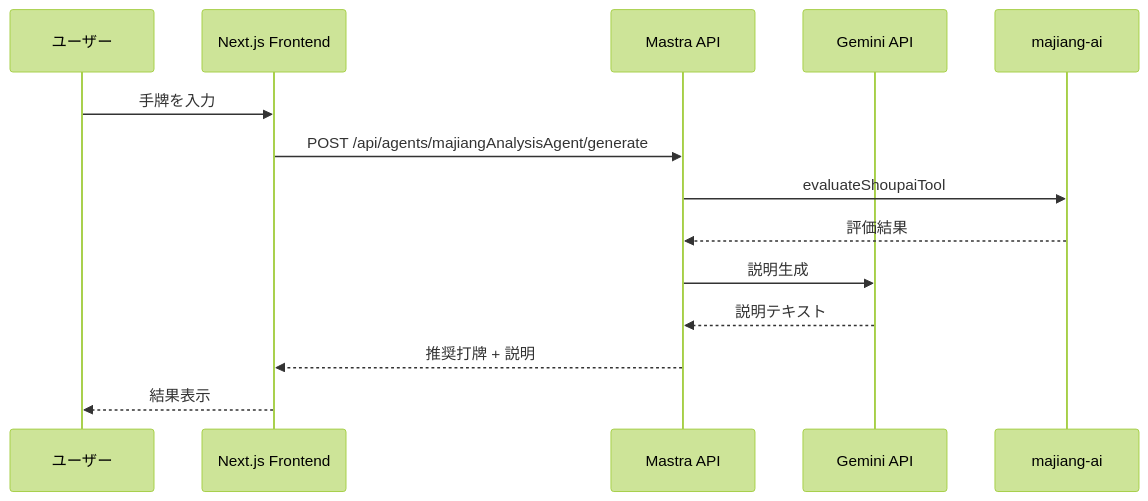
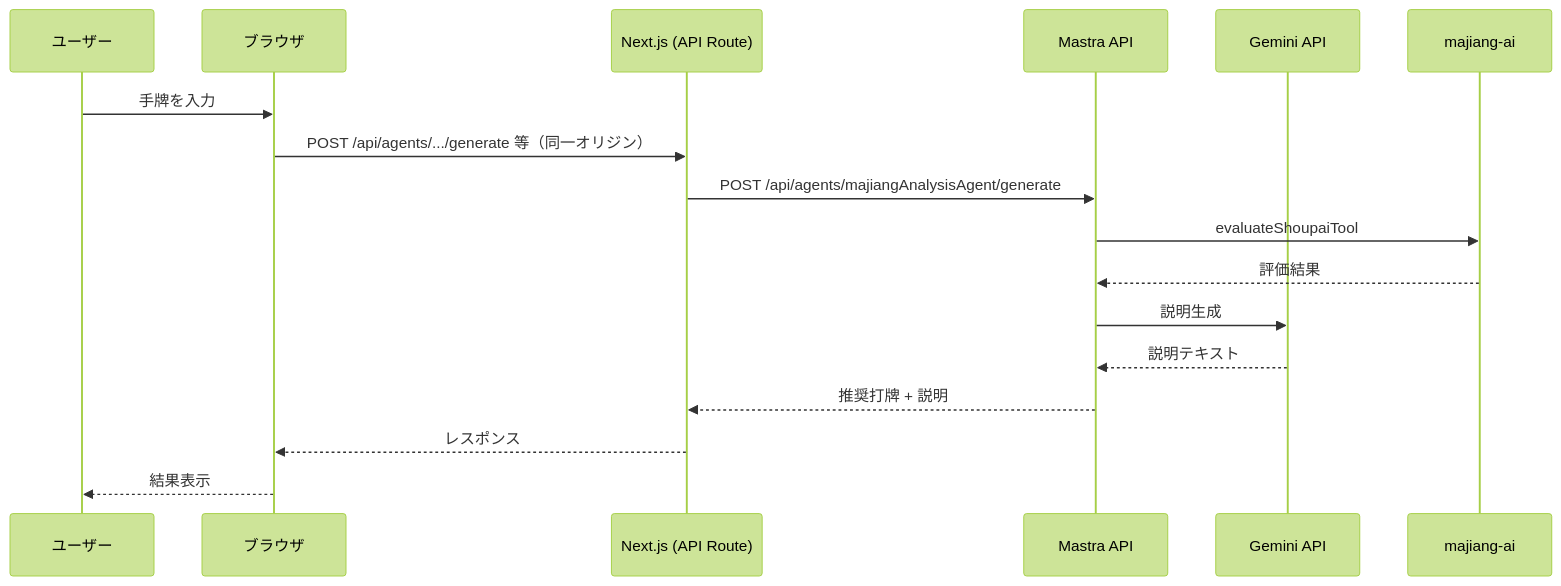
The second of 3 diagrams in ARCHITECTURE.md (kazuki1023/majiang-ai-beta), drawn with Mermaid (forest theme) before and after one commit. The commit also changed other lines of this file and 2 other files, not shown here.

````diff
--- a/ARCHITECTURE.md
+++ b/ARCHITECTURE.md
@@ -176,17 +178,20 @@
 ```mermaid
 sequenceDiagram
     participant User as ユーザー
-    participant UI as Next.js Frontend
+    participant Browser as ブラウザ
+    participant Next as Next.js (API Route)
     participant API as Mastra API
     participant Gemini as Gemini API
     participant Lib as majiang-ai
 
-    User->>UI: 手牌を入力
-    UI->>API: POST /api/agents/majiangAnalysisAgent/generate
+    User->>Browser: 手牌を入力
+    Browser->>Next: POST /api/agents/.../generate 等（同一オリジン）
+    Next->>API: POST /api/agents/majiangAnalysisAgent/generate
     API->>Lib: evaluateShoupaiTool
     Lib-->>API: 評価結果
     API->>Gemini: 説明生成
     Gemini-->>API: 説明テキスト
-    API-->>UI: 推奨打牌 + 説明
-    UI-->>User: 結果表示
+    API-->>Next: 推奨打牌 + 説明
+    Next-->>Browser: レスポンス
+    Browser-->>User: 結果表示
 ```
````
